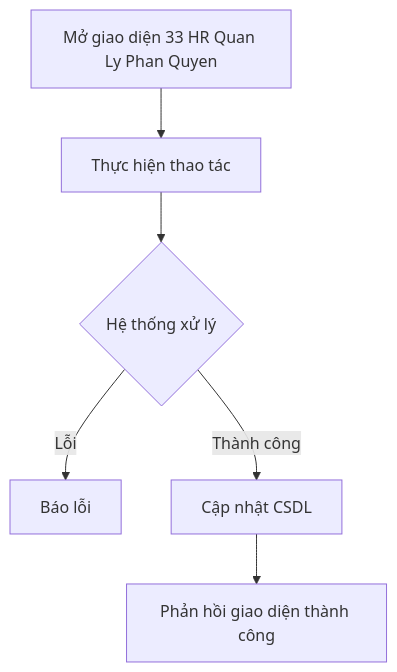
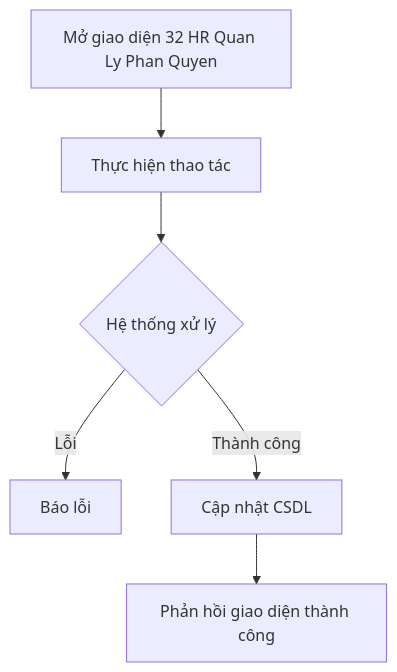
The diagram in nghiep_vu/epic-07_Settings_Configuration/user-story-32_HR_Quan_Ly_Phan_Quyen/user-story.md (VanHaPtit/EasyTech_FE), drawn with Mermaid before and after one commit. The commit also changed other lines of this file and 31 other files, not shown here.

````diff
--- a/nghiep_vu/epic-07_Settings_Configuration/user-story-32_HR_Quan_Ly_Phan_Quyen/user-story.md
+++ b/nghiep_vu/epic-07_Settings_Configuration/user-story-32_HR_Quan_Ly_Phan_Quyen/user-story.md
@@ -11,8 +11,8 @@
 ```mermaid
 graph TD
-    A[Mở giao diện 33 HR Quan Ly Phan Quyen] --> B[Thực hiện thao tác]
+    A[Mở giao diện 32 HR Quan Ly Phan Quyen] --> B[Thực hiện thao tác]
     B --> C{Hệ thống xử lý}
     C -- Lỗi --> D[Báo lỗi]
     C -- Thành công --> E[Cập nhật CSDL]
     E --> F[Phản hồi giao diện thành công]
 ```
````
